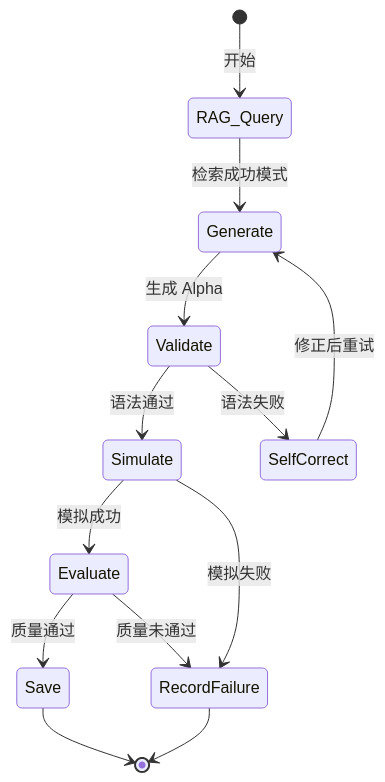
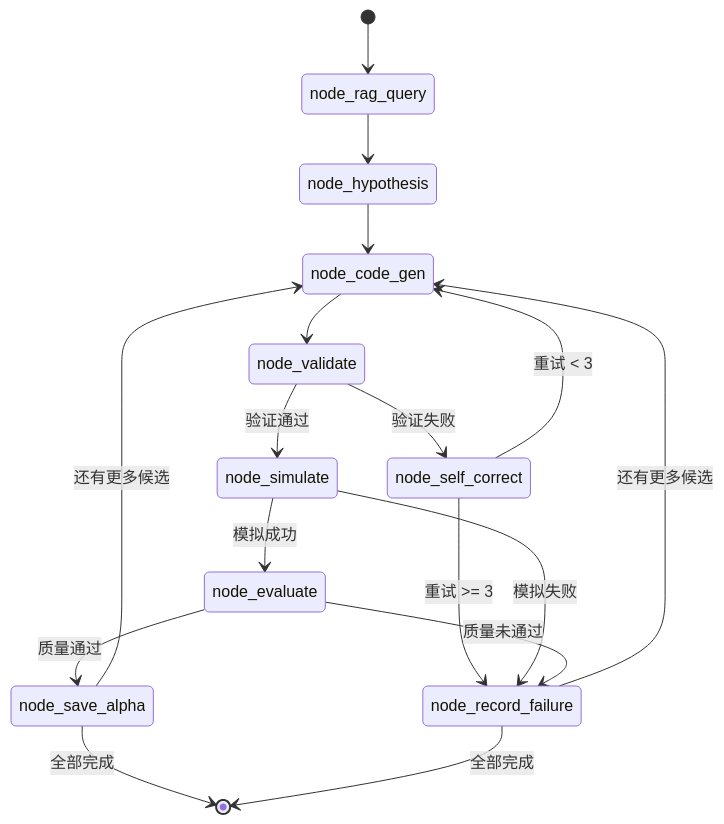
One commit to chengzhi43/worldquant-alpha-aiac changed the second of 6 diagrams in data/详细设计说明文档.md. Above: the diagram before and after it, drawn with Mermaid. The commit also changed other lines of this file and 59 other files, not shown here.

````diff
--- a/data/详细设计说明文档.md
+++ b/data/详细设计说明文档.md
@@ -116,15 +180,25 @@
 ```mermaid
 stateDiagram-v2
-    [*] --> RAG_Query: 开始
-    RAG_Query --> Generate: 检索成功模式
-    Generate --> Validate: 生成 Alpha
-    Validate --> Simulate: 语法通过
-    Validate --> SelfCorrect: 语法失败
-    SelfCorrect --> Generate: 修正后重试
-    Simulate --> Evaluate: 模拟成功
-    Simulate --> RecordFailure: 模拟失败
-    Evaluate --> Save: 质量通过
-    Evaluate --> RecordFailure: 质量未通过
-    Save --> [*]
-    RecordFailure --> [*]
+    [*] --> node_rag_query
+    node_rag_query --> node_hypothesis
+    node_hypothesis --> node_code_gen
+    node_code_gen --> node_validate
+    
+    node_validate --> node_simulate: 验证通过
+    node_validate --> node_self_correct: 验证失败
+    
+    node_self_correct --> node_code_gen: 重试 < 3
+    node_self_correct --> node_record_failure: 重试 >= 3
+    
+    node_simulate --> node_evaluate: 模拟成功
+    node_simulate --> node_record_failure: 模拟失败
+    
+    node_evaluate --> node_save_alpha: 质量通过
+    node_evaluate --> node_record_failure: 质量未通过
+    
+    node_save_alpha --> node_code_gen: 还有更多候选
+    node_save_alpha --> [*]: 全部完成
+    
+    node_record_failure --> node_code_gen: 还有更多候选
+    node_record_failure --> [*]: 全部完成
 ```
````
